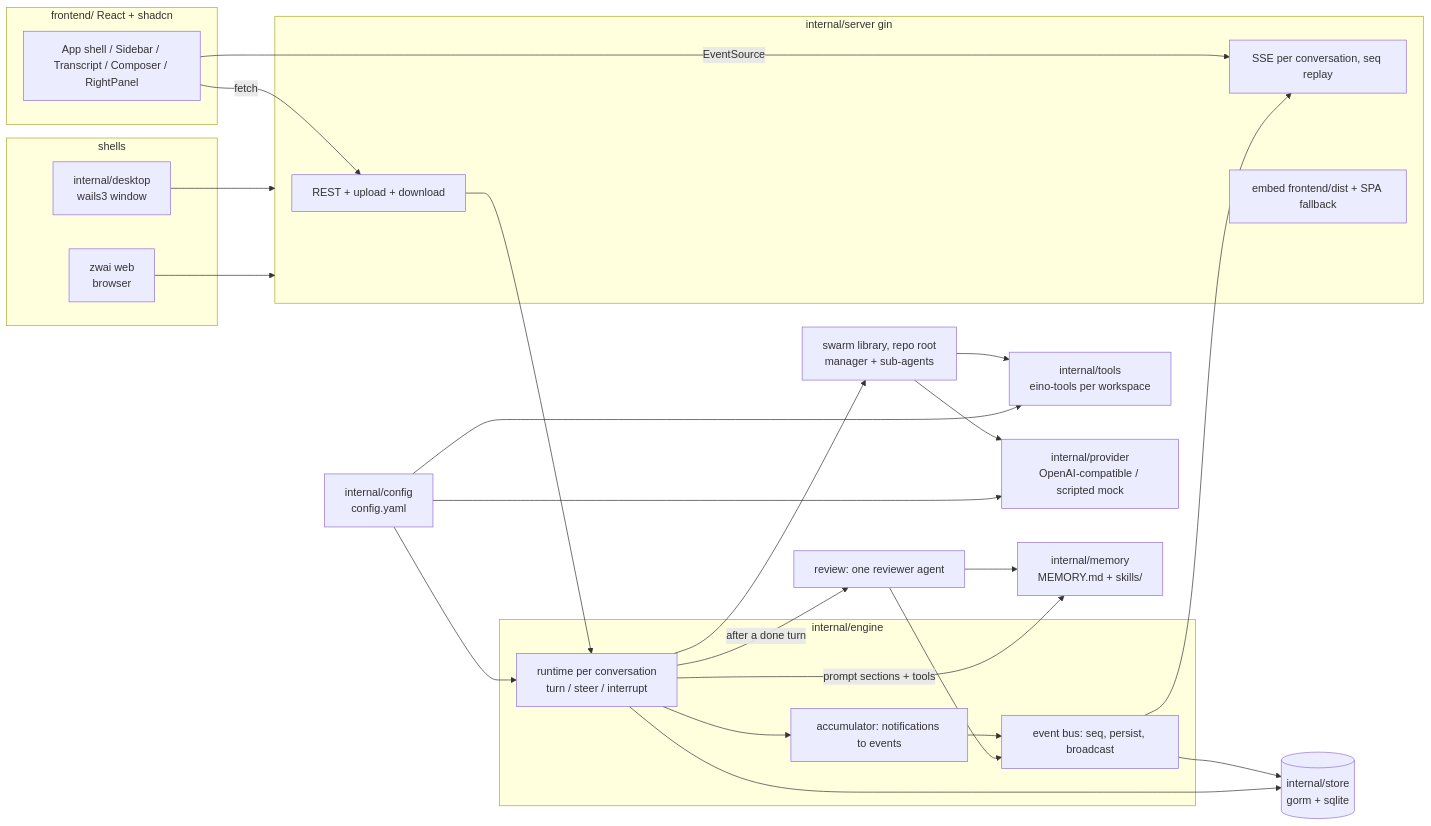
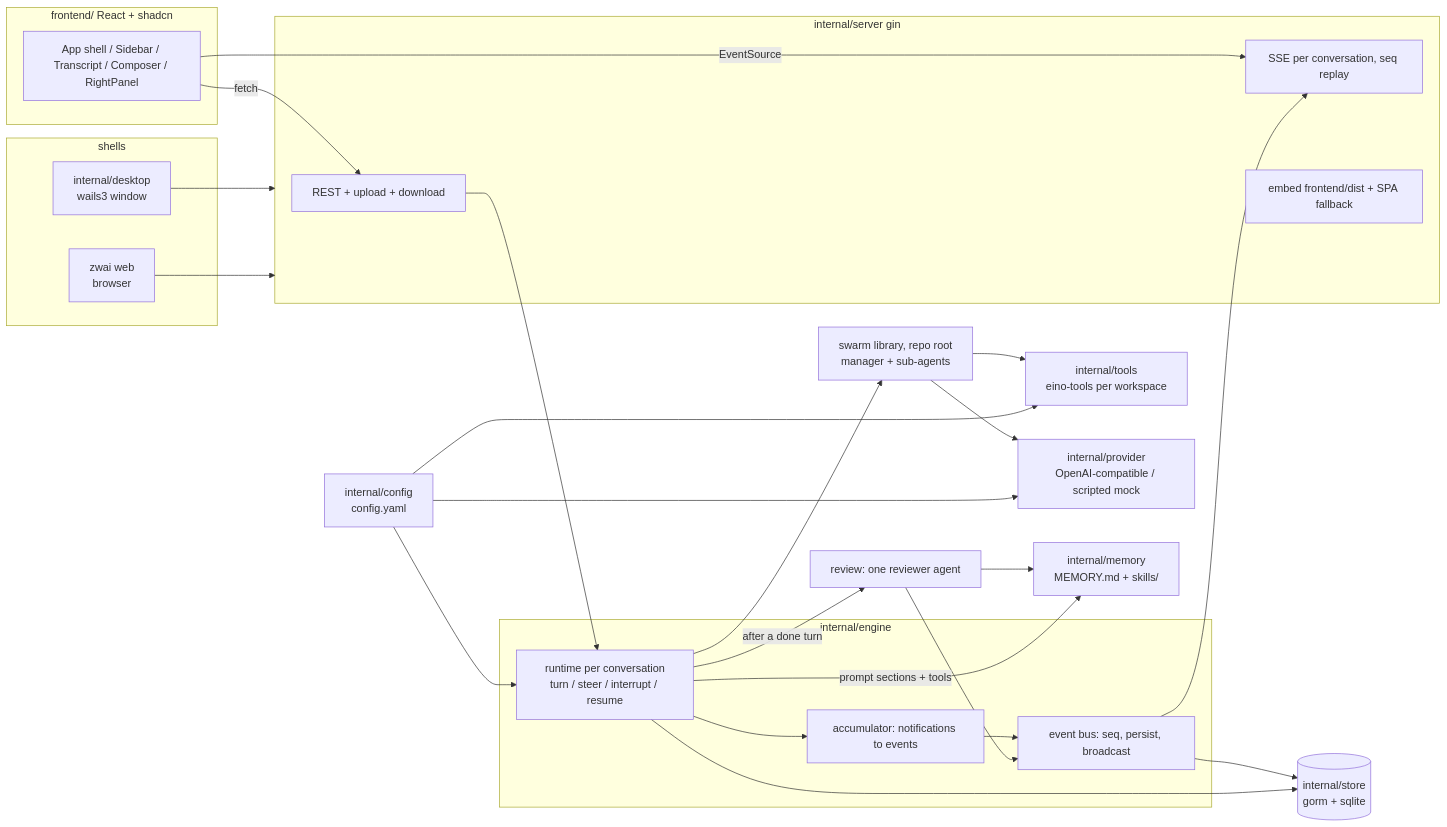
Before and after one commit to LubyRuffy/eino-swarm: the diagram in ARCHITECTURE.md, drawn with Mermaid. The commit also changed other lines of this file and 291 other files, not shown here.

````diff
--- a/ARCHITECTURE.md
+++ b/ARCHITECTURE.md
@@ -9,44 +9,44 @@
 ```mermaid
 flowchart LR
   subgraph shells
     Desktop[internal/desktop<br/>wails3 window]
     Browser[zwai web<br/>browser]
   end
   subgraph frontend [frontend/ React + shadcn]
     UI[App shell / Sidebar / Transcript / Composer / RightPanel]
   end
   subgraph server [internal/server gin]
     REST[REST + upload + download]
     SSE[SSE per conversation, seq replay]
     Static[embed frontend/dist + SPA fallback]
   end
   subgraph engine [internal/engine]
-    RT[runtime per conversation<br/>turn / steer / interrupt]
+    RT[runtime per conversation<br/>turn / steer / interrupt / resume]
     Bus[event bus: seq, persist, broadcast]
     Acc[accumulator: notifications to events]
   end
   Swarm[swarm library, repo root<br/>manager + sub-agents]
   Tools[internal/tools<br/>eino-tools per workspace]
   Pool[internal/provider<br/>OpenAI-compatible / scripted mock]
   Store[(internal/store<br/>gorm + sqlite)]
   Cfg[internal/config<br/>config.yaml]
 
   Desktop --> server
   Browser --> server
   UI -->|fetch| REST
   UI -->|EventSource| SSE
   REST --> RT
   RT --> Swarm --> Tools
   Swarm --> Pool
   RT --> Acc --> Bus --> SSE
   Bus --> Store
   RT --> Store
   Cfg --> Pool
   Cfg --> Tools
   Cfg --> RT
   Mem[internal/memory<br/>MEMORY.md + skills/]
   RT -->|prompt sections + tools| Mem
   RT -->|after a done turn| Review[review: one reviewer agent]
   Review --> Mem
   Review --> Bus
 ```
````
